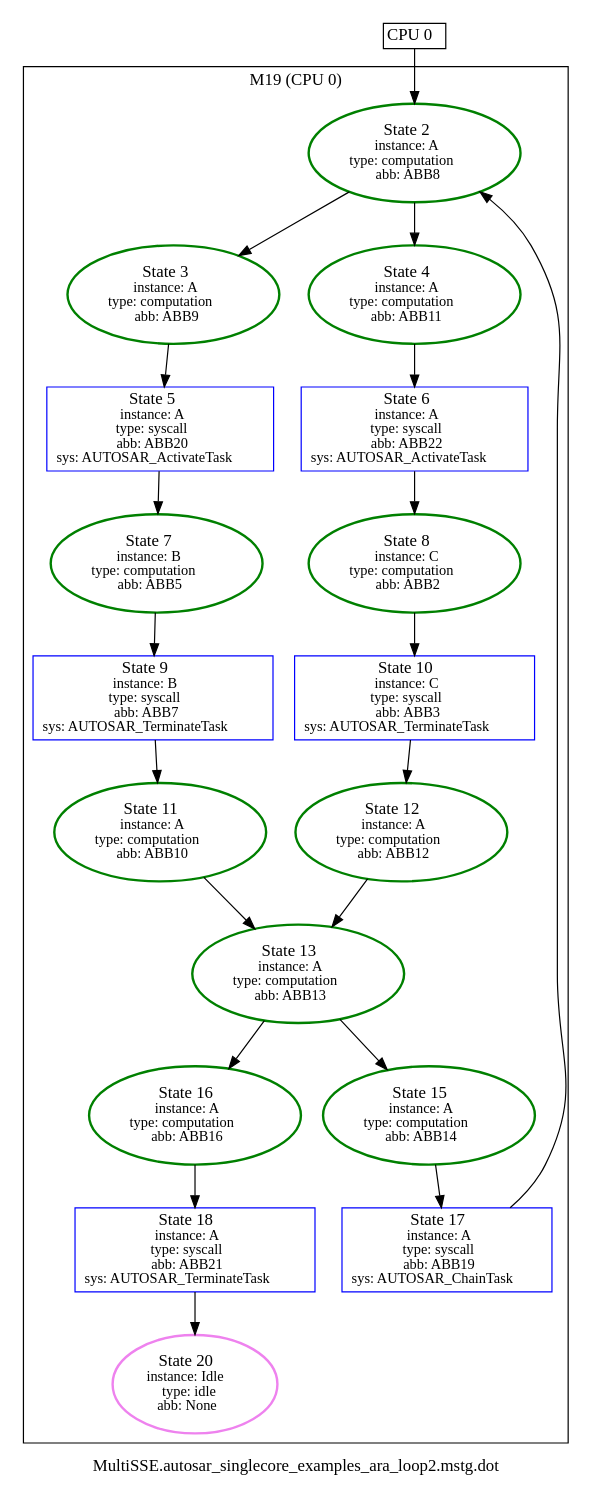
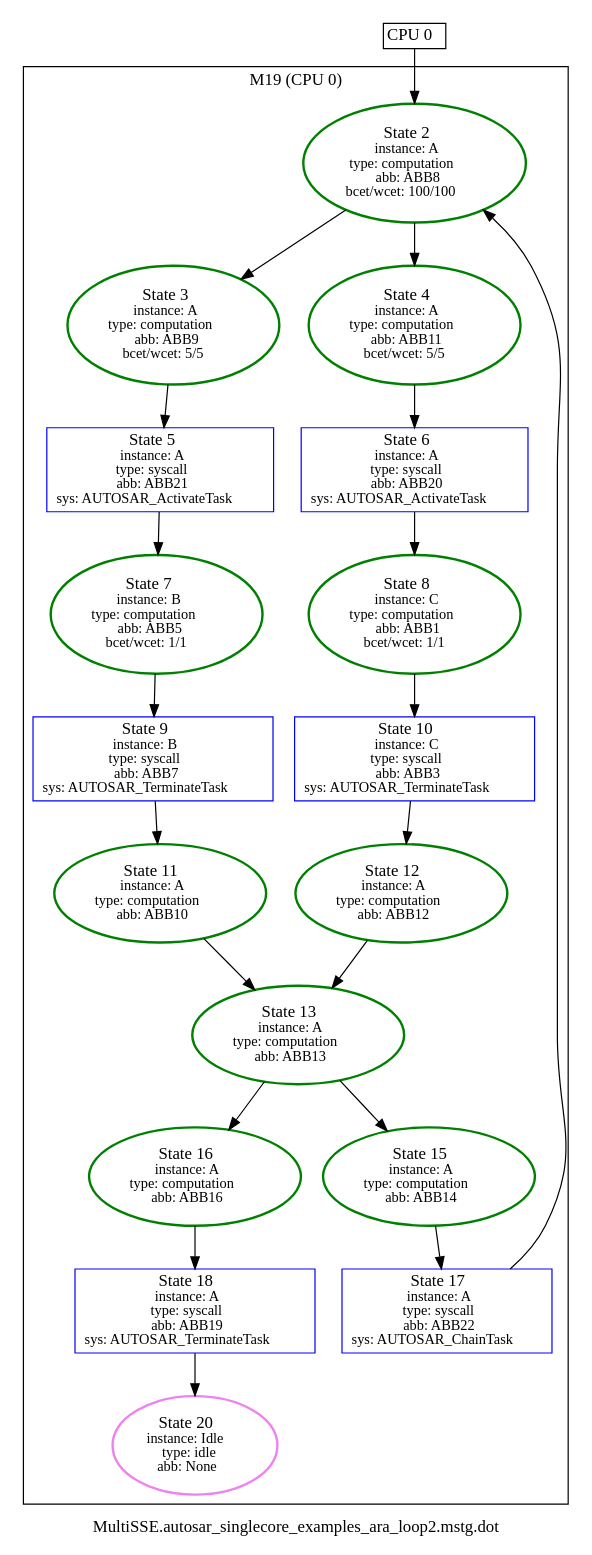
The diagram in appl/AUTOSAR/singlecore/examples/MultiSSE.autosar_singlecore_examples_ara_loop2.mstg.dot (luhsra/ara), drawn with Graphviz before and after one commit. The commit also changed 17 other files, not shown here.

```diff
--- a/appl/AUTOSAR/singlecore/examples/MultiSSE.autosar_singlecore_examples_ara_loop2.mstg.dot
+++ b/appl/AUTOSAR/singlecore/examples/MultiSSE.autosar_singlecore_examples_ara_loop2.mstg.dot
@@ -1,44 +1,44 @@
 digraph G {
 label="MultiSSE.autosar_singlecore_examples_ara_loop2.mstg.dot";
 1 [label=<<TABLE BORDER="0" CELLBORDER="1" CELLSPACING="0"><TR><TD PORT="c0">CPU 0</TD></TR></TABLE>>, shape=plaintext, tooltip=1];
 subgraph cluster_19 {
 label="M19 (CPU 0)";
-2 [color=green, fontsize=14, label=<State 2<br/><font point-size='12'>instance: A<br/>type: computation<br/>abb: ABB8</font>>, style=bold, tooltip=2];
-3 [color=green, fontsize=14, label=<State 3<br/><font point-size='12'>instance: A<br/>type: computation<br/>abb: ABB9</font>>, style=bold, tooltip=3];
-4 [color=green, fontsize=14, label=<State 4<br/><font point-size='12'>instance: A<br/>type: computation<br/>abb: ABB11</font>>, style=bold, tooltip=4];
-5 [color=blue, fontsize=14, label=<State 5<br/><font point-size='12'>instance: A<br/>type: syscall<br/>abb: ABB20<br/>sys: AUTOSAR_ActivateTask</font>>, shape=box, tooltip=5];
-6 [color=blue, fontsize=14, label=<State 6<br/><font point-size='12'>instance: A<br/>type: syscall<br/>abb: ABB22<br/>sys: AUTOSAR_ActivateTask</font>>, shape=box, tooltip=6];
-7 [color=green, fontsize=14, label=<State 7<br/><font point-size='12'>instance: B<br/>type: computation<br/>abb: ABB5</font>>, style=bold, tooltip=7];
-8 [color=green, fontsize=14, label=<State 8<br/><font point-size='12'>instance: C<br/>type: computation<br/>abb: ABB2</font>>, style=bold, tooltip=8];
+2 [color=green, fontsize=14, label=<State 2<br/><font point-size='12'>instance: A<br/>type: computation<br/>abb: ABB8<br/>bcet/wcet: 100/100</font>>, style=bold, tooltip=2];
+3 [color=green, fontsize=14, label=<State 3<br/><font point-size='12'>instance: A<br/>type: computation<br/>abb: ABB9<br/>bcet/wcet: 5/5</font>>, style=bold, tooltip=3];
+4 [color=green, fontsize=14, label=<State 4<br/><font point-size='12'>instance: A<br/>type: computation<br/>abb: ABB11<br/>bcet/wcet: 5/5</font>>, style=bold, tooltip=4];
+5 [color=blue, fontsize=14, label=<State 5<br/><font point-size='12'>instance: A<br/>type: syscall<br/>abb: ABB21<br/>sys: AUTOSAR_ActivateTask</font>>, shape=box, tooltip=5];
+6 [color=blue, fontsize=14, label=<State 6<br/><font point-size='12'>instance: A<br/>type: syscall<br/>abb: ABB20<br/>sys: AUTOSAR_ActivateTask</font>>, shape=box, tooltip=6];
+7 [color=green, fontsize=14, label=<State 7<br/><font point-size='12'>instance: B<br/>type: computation<br/>abb: ABB5<br/>bcet/wcet: 1/1</font>>, style=bold, tooltip=7];
+8 [color=green, fontsize=14, label=<State 8<br/><font point-size='12'>instance: C<br/>type: computation<br/>abb: ABB1<br/>bcet/wcet: 1/1</font>>, style=bold, tooltip=8];
 9 [color=blue, fontsize=14, label=<State 9<br/><font point-size='12'>instance: B<br/>type: syscall<br/>abb: ABB7<br/>sys: AUTOSAR_TerminateTask</font>>, shape=box, tooltip=9];
 10 [color=blue, fontsize=14, label=<State 10<br/><font point-size='12'>instance: C<br/>type: syscall<br/>abb: ABB3<br/>sys: AUTOSAR_TerminateTask</font>>, shape=box, tooltip=10];
 11 [color=green, fontsize=14, label=<State 11<br/><font point-size='12'>instance: A<br/>type: computation<br/>abb: ABB10</font>>, style=bold, tooltip=11];
 12 [color=green, fontsize=14, label=<State 12<br/><font point-size='12'>instance: A<br/>type: computation<br/>abb: ABB12</font>>, style=bold, tooltip=12];
 13 [color=green, fontsize=14, label=<State 13<br/><font point-size='12'>instance: A<br/>type: computation<br/>abb: ABB13</font>>, style=bold, tooltip=13];
 14 [color=green, fontsize=14, label=<State 15<br/><font point-size='12'>instance: A<br/>type: computation<br/>abb: ABB14</font>>, style=bold, tooltip=14];
 15 [color=green, fontsize=14, label=<State 16<br/><font point-size='12'>instance: A<br/>type: computation<br/>abb: ABB16</font>>, style=bold, tooltip=15];
-16 [color=blue, fontsize=14, label=<State 17<br/><font point-size='12'>instance: A<br/>type: syscall<br/>abb: ABB19<br/>sys: AUTOSAR_ChainTask</font>>, shape=box, tooltip=16];
-17 [color=blue, fontsize=14, label=<State 18<br/><font point-size='12'>instance: A<br/>type: syscall<br/>abb: ABB21<br/>sys: AUTOSAR_TerminateTask</font>>, shape=box, tooltip=17];
+16 [color=blue, fontsize=14, label=<State 17<br/><font point-size='12'>instance: A<br/>type: syscall<br/>abb: ABB22<br/>sys: AUTOSAR_ChainTask</font>>, shape=box, tooltip=16];
+17 [color=blue, fontsize=14, label=<State 18<br/><font point-size='12'>instance: A<br/>type: syscall<br/>abb: ABB19<br/>sys: AUTOSAR_TerminateTask</font>>, shape=box, tooltip=17];
 18 [color=violet, fontsize=14, label=<State 20<br/><font point-size='12'>instance: Idle<br/>type: idle<br/>abb: None</font>>, style=bold, tooltip=18];
 }
 
 1:c0 -> 2  [color=black];
 2 -> 3  [color=black];
 2 -> 4  [color=black];
 3 -> 5  [color=black];
 4 -> 6  [color=black];
 5 -> 7  [color=black];
 6 -> 8  [color=black];
 7 -> 9  [color=black];
 8 -> 10  [color=black];
 9 -> 11  [color=black];
 10 -> 12  [color=black];
 11 -> 13  [color=black];
 12 -> 13  [color=black];
 13 -> 14  [color=black];
 13 -> 15  [color=black];
 14 -> 16  [color=black];
 15 -> 17  [color=black];
 16 -> 2  [color=black];
 17 -> 18  [color=black];
 }
```
